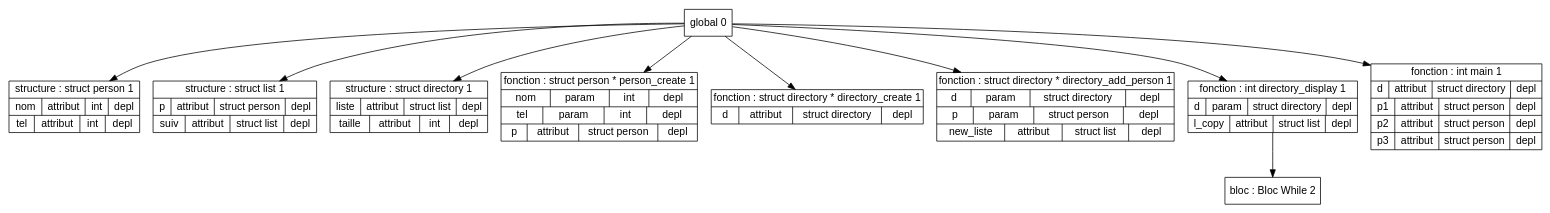
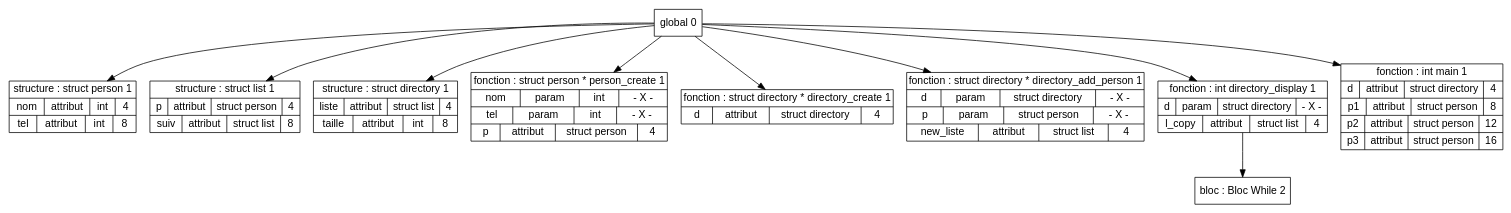
Before and after one commit to Hamza-ABDOULHOUSSEN/compil: the diagram in Code/out/tds/dot/Test_Semantique/annuaire.dot, drawn with Graphviz. The commit also changed 46 other files, not shown here.

```diff
--- a/Code/out/tds/dot/Test_Semantique/annuaire.dot
+++ b/Code/out/tds/dot/Test_Semantique/annuaire.dot
@@ -1,64 +1,64 @@
 digraph "tds"{
 
 	node [fontname="Arial"];
 
 	N1 [shape=record label="{ structure : struct person 1
-	| { nom | attribut | int | depl }
-	| { tel | attribut | int | depl }
+	| { nom | attribut | int | 4 }
+	| { tel | attribut | int | 8 }
 	}"];
 
 	N2 [shape=record label="{ structure : struct list 1
-	| { p | attribut | struct person | depl }
-	| { suiv | attribut | struct list | depl }
+	| { p | attribut | struct person | 4 }
+	| { suiv | attribut | struct list | 8 }
 	}"];
 
 	N3 [shape=record label="{ structure : struct directory 1
-	| { liste | attribut | struct list | depl }
-	| { taille | attribut | int | depl }
+	| { liste | attribut | struct list | 4 }
+	| { taille | attribut | int | 8 }
 	}"];
 
 	N4 [shape=record label="{ fonction : struct person * person_create 1
-	| { nom | param | int | depl }
-	| { tel | param | int | depl }
-	| { p | attribut | struct person | depl }
+	| { nom | param | int | - X - }
+	| { tel | param | int | - X - }
+	| { p | attribut | struct person | 4 }
 	}"];
 
 	N5 [shape=record label="{ fonction : struct directory * directory_create 1
-	| { d | attribut | struct directory | depl }
+	| { d | attribut | struct directory | 4 }
 	}"];
 
 	N6 [shape=record label="{ fonction : struct directory * directory_add_person 1
-	| { d | param | struct directory | depl }
-	| { p | param | struct person | depl }
-	| { new_liste | attribut | struct list | depl }
+	| { d | param | struct directory | - X - }
+	| { p | param | struct person | - X - }
+	| { new_liste | attribut | struct list | 4 }
 	}"];
 
 	N8 [shape=record label="{ bloc : Bloc While  2
 	}"];
 
 	N7 [shape=record label="{ fonction : int directory_display 1
-	| { d | param | struct directory | depl }
-	| { l_copy | attribut | struct list | depl }
+	| { d | param | struct directory | - X - }
+	| { l_copy | attribut | struct list | 4 }
 	}"];
 
 	N9 [shape=record label="{ fonction : int main 1
-	| { d | attribut | struct directory | depl }
-	| { p1 | attribut | struct person | depl }
-	| { p2 | attribut | struct person | depl }
-	| { p3 | attribut | struct person | depl }
+	| { d | attribut | struct directory | 4 }
+	| { p1 | attribut | struct person | 8 }
+	| { p2 | attribut | struct person | 12 }
+	| { p3 | attribut | struct person | 16 }
 	}"];
 
 	N0 [shape=record label="{ global 0
 	}"];
 
 
 	N0 -> N1; 
 	N0 -> N2; 
 	N0 -> N3; 
 	N0 -> N4; 
 	N0 -> N5; 
 	N0 -> N6; 
 	N0 -> N7; 
 	N7 -> N8; 
 	N0 -> N9; 
 }
```
